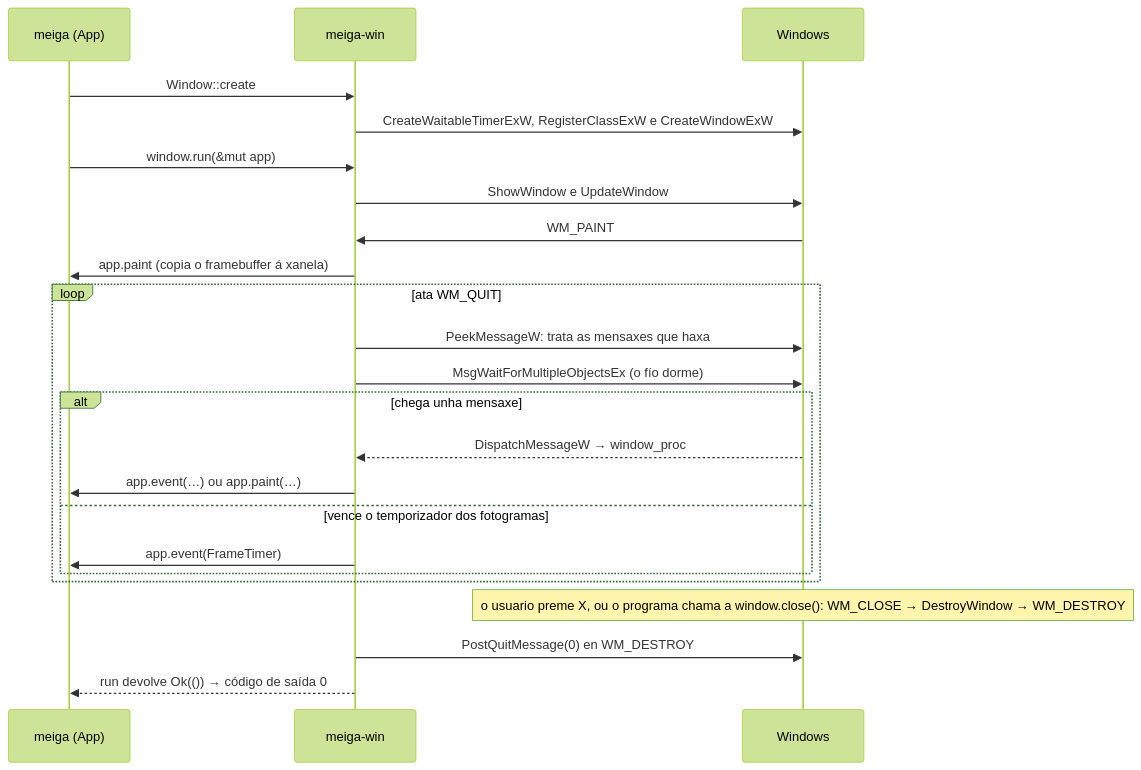
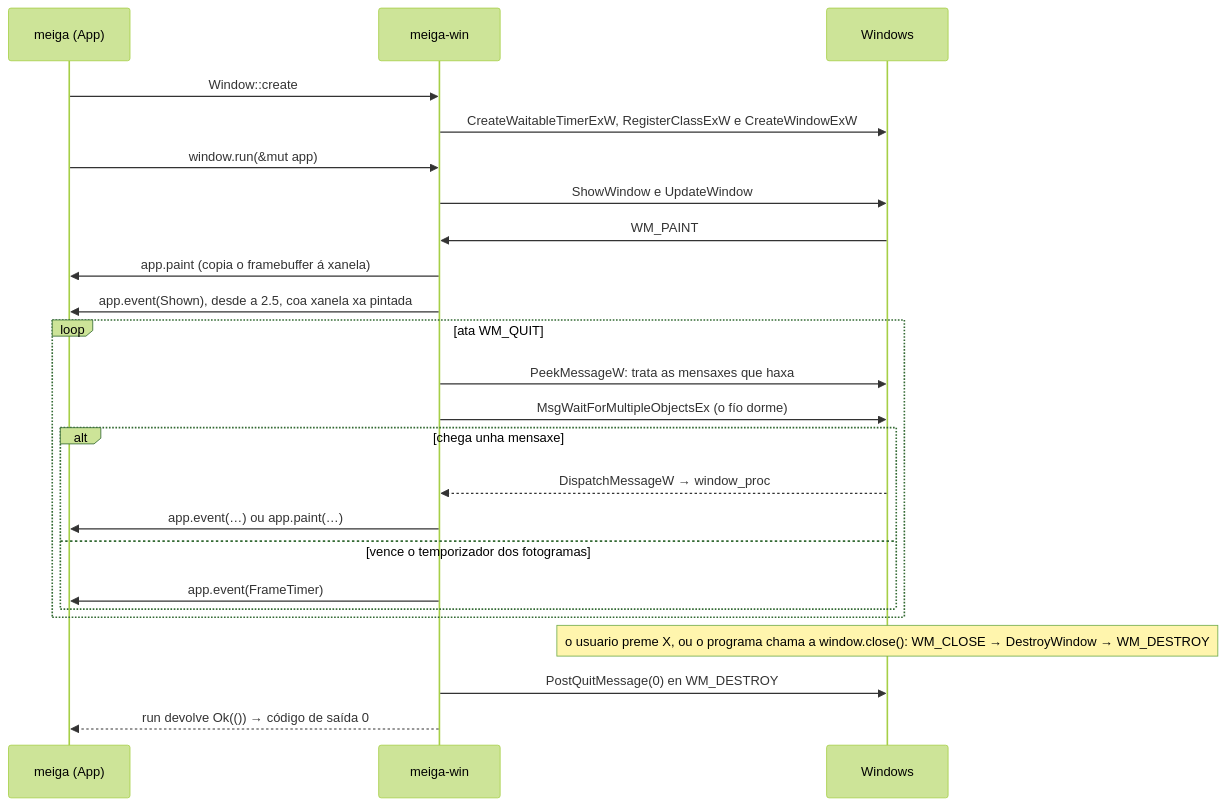
The second of 4 diagrams in docs/codigo/meiga-win.md (NewHouses/meiga), drawn with Mermaid (forest theme) before and after one commit. The commit also changed other lines of this file and 58 other files, not shown here.

````diff
--- a/docs/codigo/meiga-win.md
+++ b/docs/codigo/meiga-win.md
@@ -896,25 +917,26 @@
 ```mermaid
 sequenceDiagram
     participant M as meiga (App)
     participant W as meiga-win
     participant S as Windows
     M->>W: Window::create
     W->>S: CreateWaitableTimerExW, RegisterClassExW e CreateWindowExW
     M->>W: window.run(&mut app)
     W->>S: ShowWindow e UpdateWindow
     S->>W: WM_PAINT
     W->>M: app.paint (copia o framebuffer á xanela)
+    W->>M: app.event(Shown), desde a 2.5, coa xanela xa pintada
     loop ata WM_QUIT
         W->>S: PeekMessageW: trata as mensaxes que haxa
         W->>S: MsgWaitForMultipleObjectsEx (o fío dorme)
         alt chega unha mensaxe
             S-->>W: DispatchMessageW → window_proc
             W->>M: app.event(…) ou app.paint(…)
         else vence o temporizador dos fotogramas
             W->>M: app.event(FrameTimer)
         end
     end
     Note over S: o usuario preme X, ou o programa chama a window.close(): WM_CLOSE → DestroyWindow → WM_DESTROY
     W->>S: PostQuitMessage(0) en WM_DESTROY
     W-->>M: run devolve Ok(()) → código de saída 0
 ```
````
